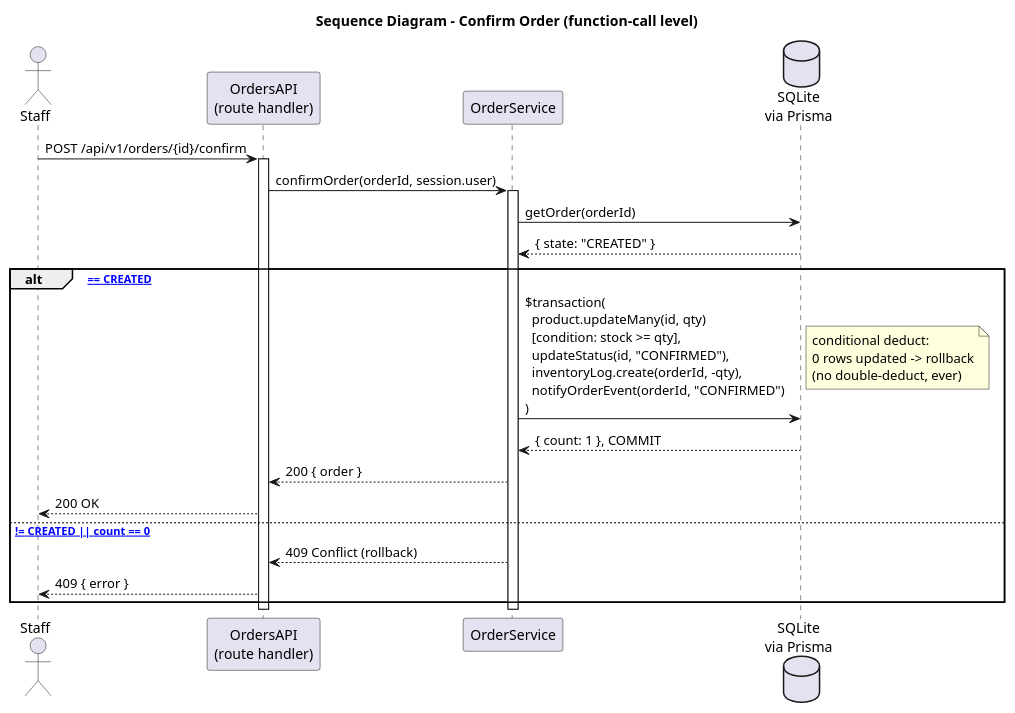
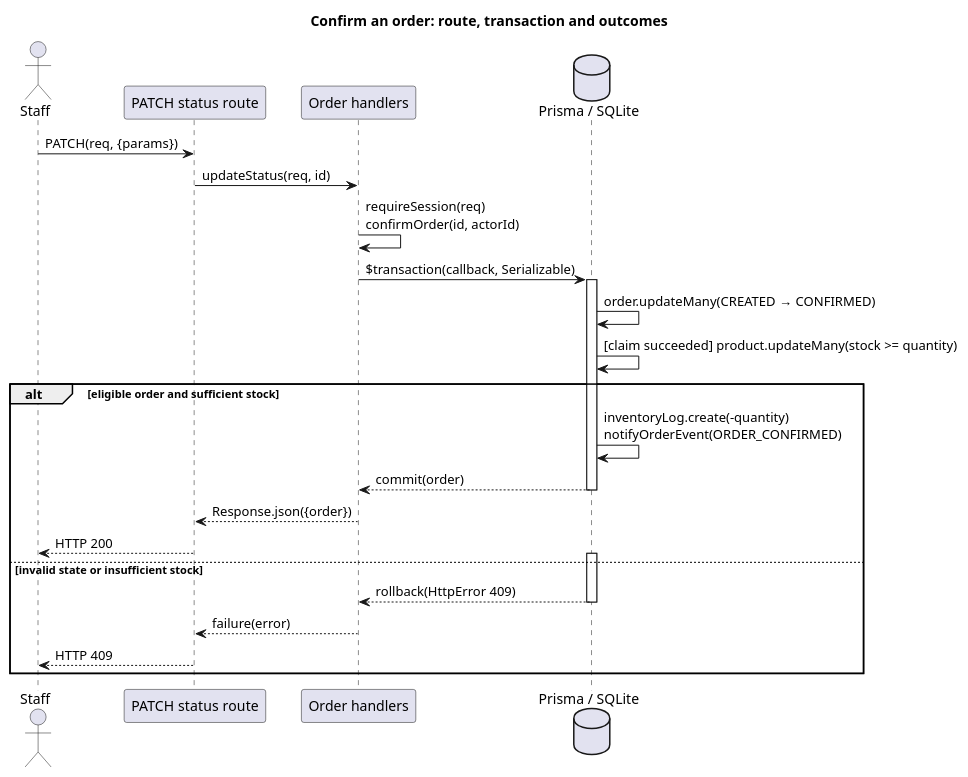
Before and after one commit to Et1enneee/comp3500-logistics: the diagram in logistics-foundation/docs/diagrams/sequence-diagram.puml, drawn with PlantUML. The commit also changed 2 other files, not shown here.

Commit message:
docs: align confirmation sequence with current status route

```diff
--- a/logistics-foundation/docs/diagrams/sequence-diagram.puml
+++ b/logistics-foundation/docs/diagrams/sequence-diagram.puml
@@ -1,31 +1,29 @@
 @startuml
-title Sequence Diagram - Confirm Order (function-call level)
+title Confirm an order: route, transaction and outcomes
 skinparam backgroundColor #FFFFFF
 skinparam shadowing false
-actor "Staff" as s
-participant "OrdersAPI\n(route handler)" as api
-participant "OrderService" as svc
-database "SQLite\nvia Prisma" as db
-s -> api : POST /api/v1/orders/{id}/confirm
-activate api
-api -> svc : confirmOrder(orderId, session.user)
-activate svc
-svc -> db : getOrder(orderId)
-db --> svc : { state: "CREATED" }
-alt [state == CREATED]
-  svc -> db : $transaction(\n  product.updateMany(id, qty)\n  [condition: stock >= qty],\n  updateStatus(id, "CONFIRMED"),\n  inventoryLog.create(orderId, -qty),\n  notifyOrderEvent(orderId, "CONFIRMED")\n)
-  note right
-    conditional deduct:
-    0 rows updated -> rollback
-    (no double-deduct, ever)
-  end note
-  db --> svc : { count: 1 }, COMMIT
-  svc --> api : 200 { order }
-  api --> s : 200 OK
-else [state != CREATED || count == 0]
-  svc --> api : 409 Conflict (rollback)
-  api --> s : 409 { error }
+actor Staff as staff
+participant "PATCH status route" as route
+participant "Order handlers" as handler
+database "Prisma / SQLite" as db
+staff -> route : PATCH(req, {params})
+route -> handler : updateStatus(req, id)
+handler -> handler : requireSession(req)\nconfirmOrder(id, actorId)
+handler -> db : $transaction(callback, Serializable)
+activate db
+db -> db : order.updateMany(CREATED → CONFIRMED)
+db -> db : [claim succeeded] product.updateMany(stock >= quantity)
+alt eligible order and sufficient stock
+  db -> db : inventoryLog.create(-quantity)\nnotifyOrderEvent(ORDER_CONFIRMED)
+  db --> handler : commit(order)
+  deactivate db
+  handler --> route : Response.json({order})
+  route --> staff : HTTP 200
+else invalid state or insufficient stock
+  activate db
+  db --> handler : rollback(HttpError 409)
+  deactivate db
+  handler --> route : failure(error)
+  route --> staff : HTTP 409
 end
-deactivate svc
-deactivate api
 @enduml
```
